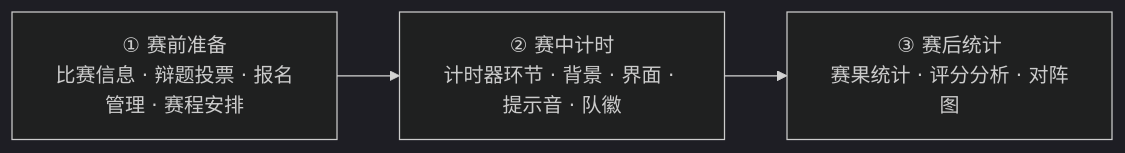
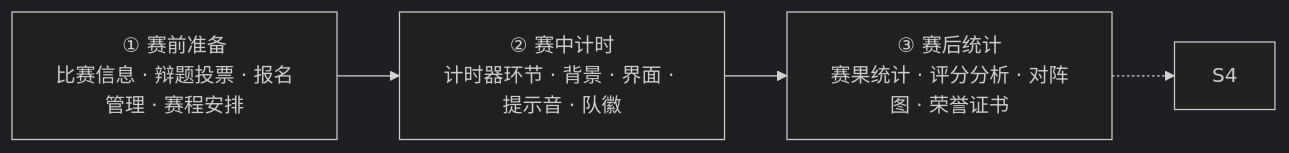
The fifth of 5 diagrams in CODE_WIKI.md (Sage-administrator/Debate-Realm), drawn with Mermaid (dark theme) before and after one commit. The commit also changed other lines of this file and 158 other files, not shown here.

````diff
--- a/CODE_WIKI.md
+++ b/CODE_WIKI.md
@@ -434,7 +573,8 @@
 ```mermaid
 flowchart LR
   S1["① 赛前准备<br/>比赛信息 · 辩题投票 · 报名管理 · 赛程安排"]
   S2["② 赛中计时<br/>计时器环节 · 背景 · 界面 · 提示音 · 队徽"]
-  S3["③ 赛后统计<br/>赛果统计 · 评分分析 · 对阵图"]
+  S3["③ 赛后统计<br/>赛果统计 · 评分分析 · 对阵图 · 荣誉证书"]
   S1 --> S2 --> S3
+  S3 -.-> S4
 ```
````
